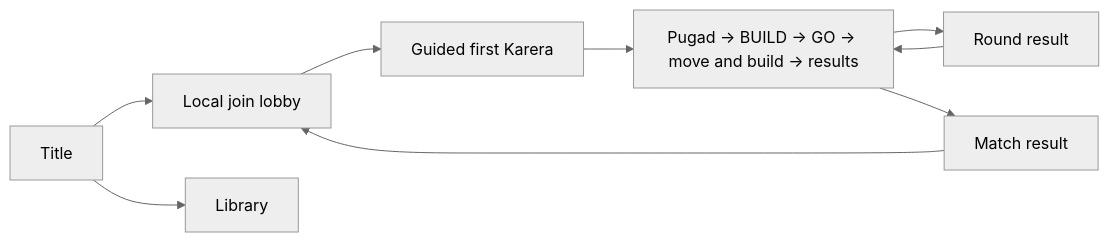
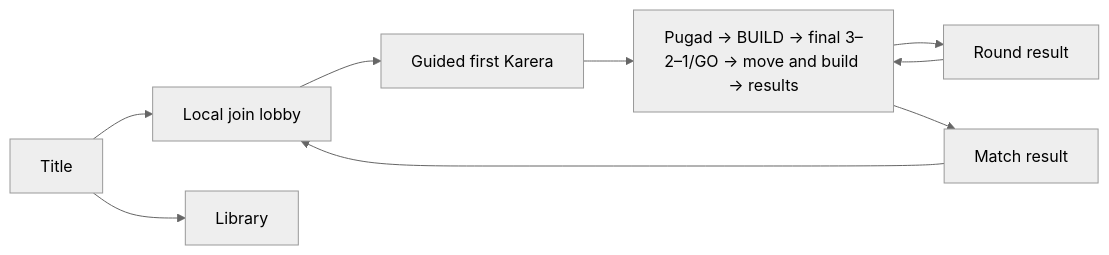
Before and after one commit to HoplyXD/Tilaok: the diagram in docs/UI_TUTORIAL.md, drawn with Mermaid (neutral theme). The commit also changed other lines of this file and 47 other files, not shown here.

Commit message:
feat(match): refine build countdown and recording UI

````diff
--- a/docs/UI_TUTORIAL.md
+++ b/docs/UI_TUTORIAL.md
@@ -15,11 +15,11 @@
 ```mermaid
 flowchart LR
   Title[Title] --> Lobby[Local join lobby]
   Title --> Library[Library]
   Lobby --> Tutorial[Guided first Karera]
-  Tutorial --> Match[Pugad → BUILD → GO → move and build → results]
+  Tutorial --> Match[Pugad → BUILD → final 3–2–1/GO → move and build → results]
   Match --> Round[Round result]
   Round --> Match
   Match --> Results[Match result]
   Results --> Lobby
 ```
````
